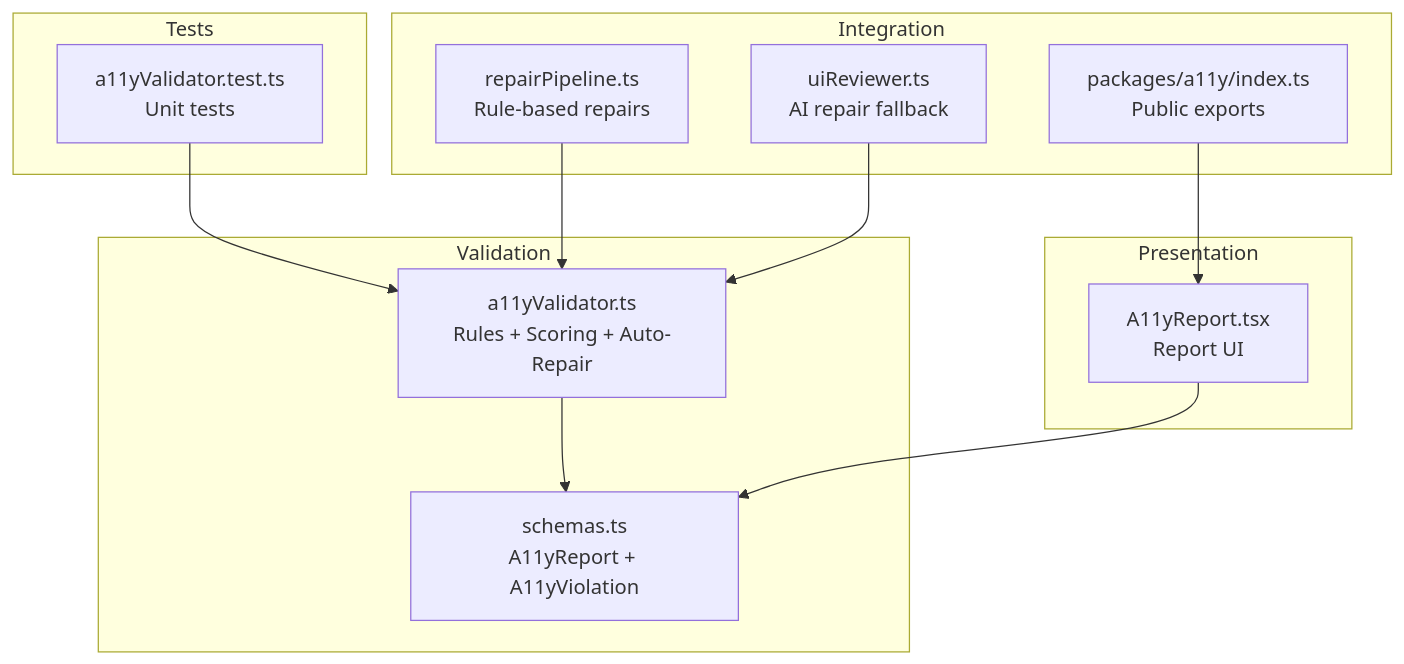
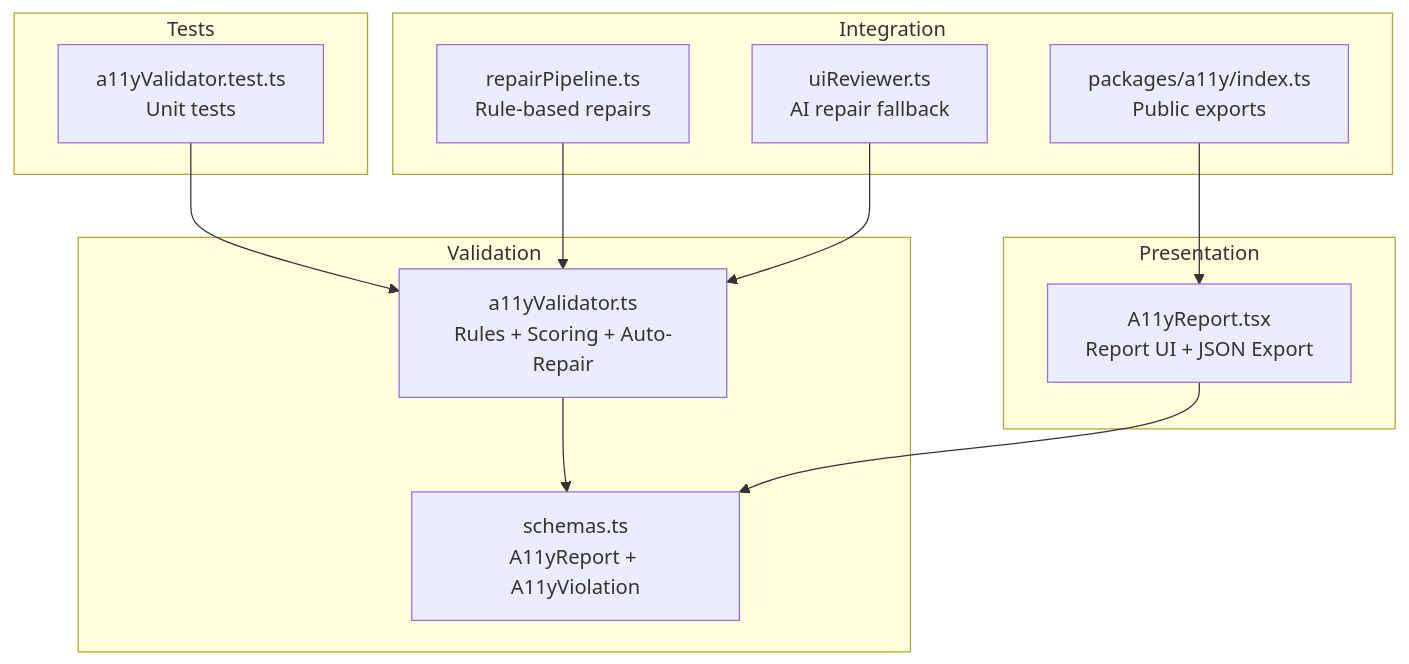
One commit to shekhargiri005-dotcom/AI-powered-accessibility-first-UI-engine changed the first of 9 diagrams in .qoder/repowiki/en/content/Validation & Quality Assurance/Accessibility Validation (WCAG 2.1 AA).md. Above: the diagram before and after it, drawn with Mermaid. The commit also changed other lines of this file and 22 other files, not shown here.

````diff
--- a/.qoder/repowiki/en/content/Validation & Quality Assurance/Accessibility Validation (WCAG 2.1 AA).md
+++ b/.qoder/repowiki/en/content/Validation & Quality Assurance/Accessibility Validation (WCAG 2.1 AA).md
@@ -35,24 +42,24 @@
 ```mermaid
 graph TB
 subgraph "Validation"
 V["a11yValidator.ts<br/>Rules + Scoring + Auto-Repair"]
 S["schemas.ts<br/>A11yReport + A11yViolation"]
 end
 subgraph "Presentation"
-R["A11yReport.tsx<br/>Report UI"]
+R["A11yReport.tsx<br/>Report UI + JSON Export"]
 end
 subgraph "Tests"
 T["a11yValidator.test.ts<br/>Unit tests"]
 end
 subgraph "Integration"
 RP["repairPipeline.ts<br/>Rule-based repairs"]
 UR["uiReviewer.ts<br/>AI repair fallback"]
 P["packages/a11y/index.ts<br/>Public exports"]
 end
 V --> S
 R --> S
 T --> V
 RP --> V
 UR --> V
 P --> R
 ```
````
